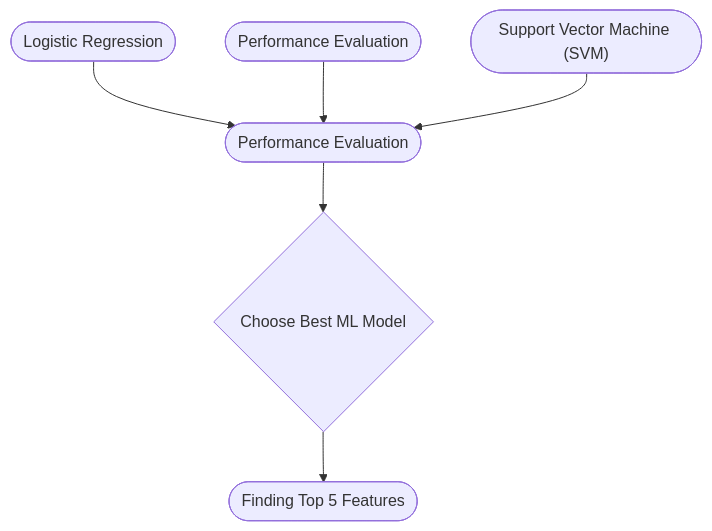
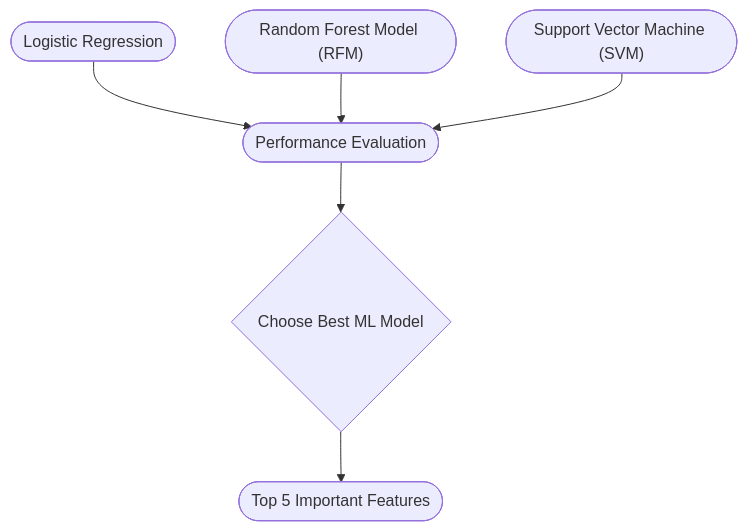
The diagram in README.md (omaralfaqih6/breast_cancer_wisconsin), drawn with Mermaid before and after one commit.

Commit message:
Modifying ReadMe File 12.

````diff
--- a/README.md
+++ b/README.md
@@ -57,13 +57,13 @@
 ```mermaid
 graph TD;
     A(["Logistic Regression"]);
-    B(["Performance Evaluation"]);
+    B(["Random Forest Model (RFM)"]);
     C(["Support Vector Machine (SVM)"]);
     D(["Performance Evaluation"]);
     A-->D;
     B-->D;
     C-->D;
     D-->E{"Choose Best ML Model"};
-    E-->F(["Finding Top 5 Features"])
+    E-->F(["Top 5 Important Features"])
     
 ```
````
